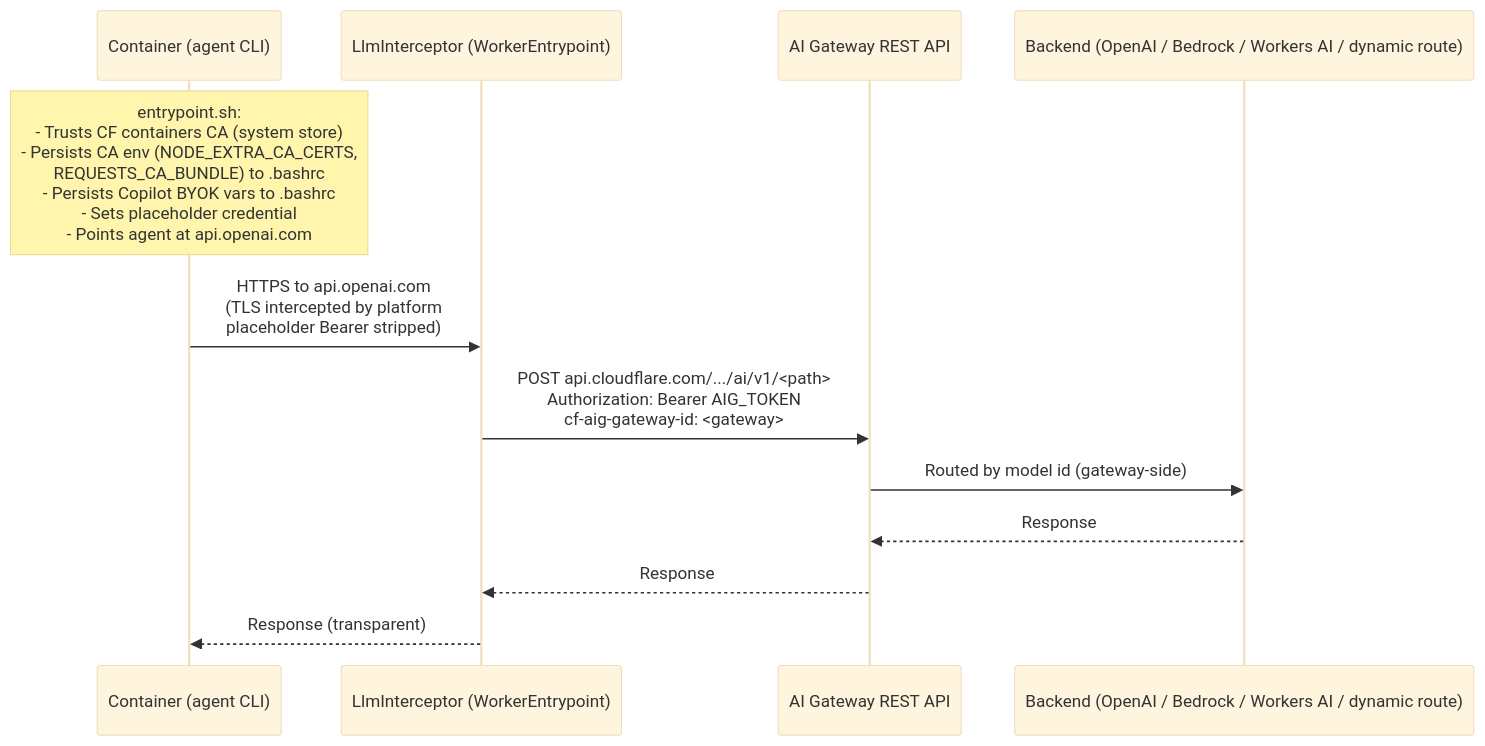
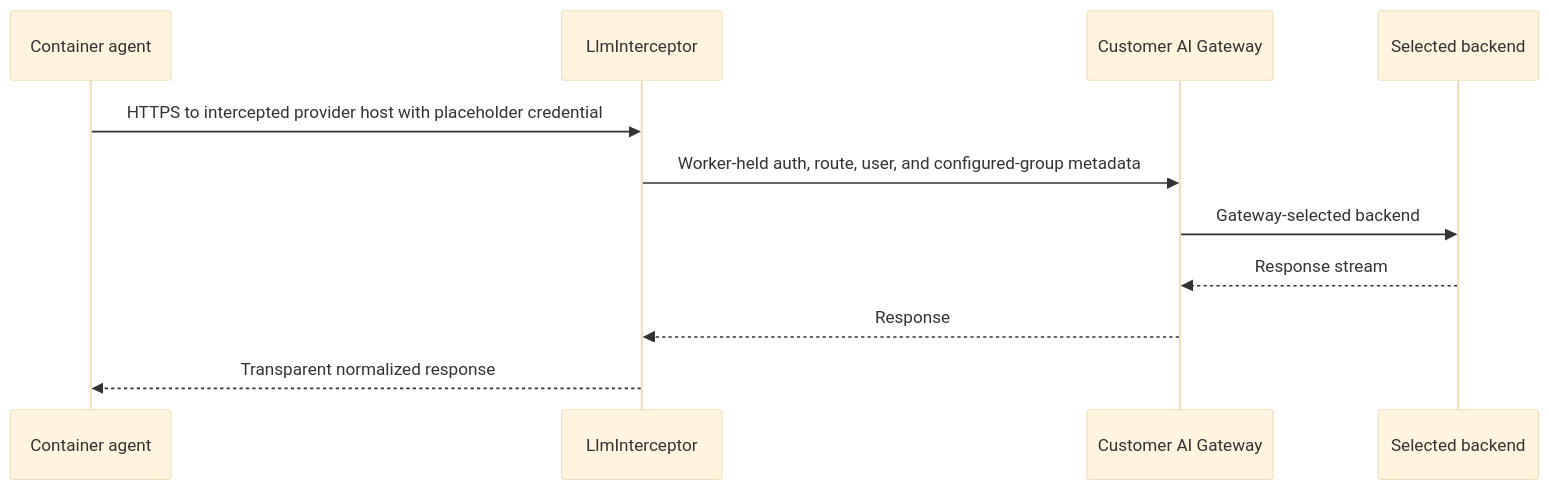
The eighth of 10 diagrams in documentation/lanes/architecture.md (nikolanovoselec/codeflare), drawn with Mermaid (base theme) before and after one commit. The commit also changed other lines of this file and 360 other files, not shown here.

````diff
--- a/documentation/lanes/architecture.md
+++ b/documentation/lanes/architecture.md
@@ -639,15 +568,13 @@
 ```mermaid
 sequenceDiagram
-    participant C as Container (agent CLI)
-    participant I as LlmInterceptor (WorkerEntrypoint)
-    participant G as AI Gateway REST API
-    participant P as Backend (OpenAI / Bedrock / Workers AI / dynamic route)
-
-    Note over C: entrypoint.sh:<br/>- Trusts CF containers CA (system store)<br/>- Persists CA env (NODE_EXTRA_CA_CERTS,<br/>  REQUESTS_CA_BUNDLE) to .bashrc<br/>- Persists Copilot BYOK vars to .bashrc<br/>- Sets placeholder credential<br/>- Points agent at api.openai.com
-    C->>I: HTTPS to api.openai.com<br/>(TLS intercepted by platform<br/>placeholder Bearer stripped)
-    I->>G: POST api.cloudflare.com/.../ai/v1/<path><br/>Authorization: Bearer AIG_TOKEN<br/>cf-aig-gateway-id: <gateway>
-    G->>P: Routed by model id (gateway-side)
-    P-->>G: Response
+    participant C as Container agent
+    participant I as LlmInterceptor
+    participant G as Customer AI Gateway
+    participant P as Selected backend
+    C->>I: HTTPS to intercepted provider host with placeholder credential
+    I->>G: Worker-held auth, route, user, and configured-group metadata
+    G->>P: Gateway-selected backend
+    P-->>G: Response stream
     G-->>I: Response
-    I-->>C: Response (transparent)
+    I-->>C: Transparent normalized response
 ```
````
